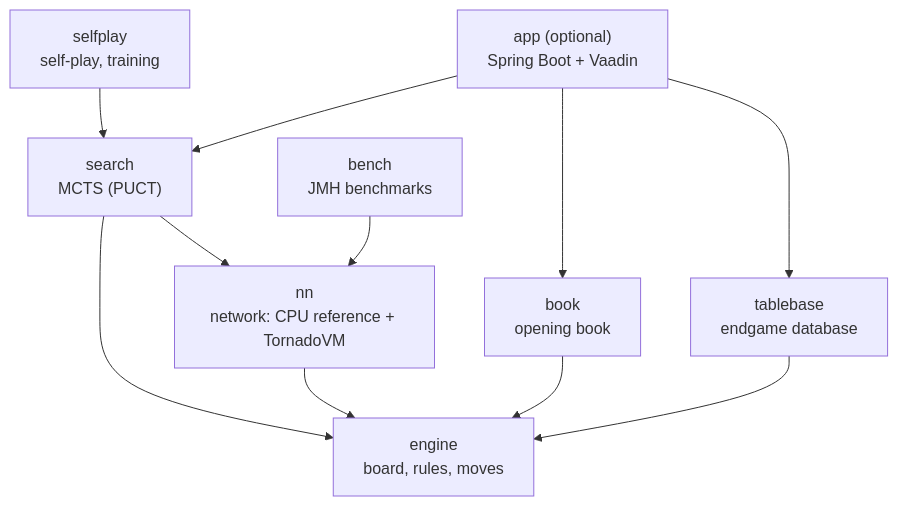
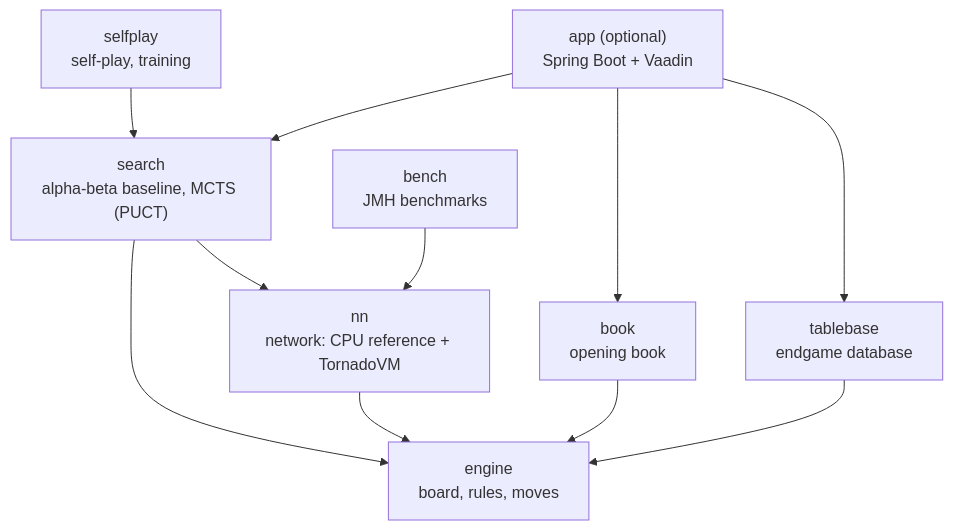
Before and after one commit to geggo98/marble-lantern: the first of 3 diagrams in docs/architecture.md, drawn with Mermaid. The commit also changed other lines of this file and 5 other files, not shown here.

````diff
--- a/docs/architecture.md
+++ b/docs/architecture.md
@@ -38,22 +41,22 @@
 ```mermaid
 graph TD
     engine["engine<br/>board, rules, moves"]
     nn["nn<br/>network: CPU reference + TornadoVM"]
-    search["search<br/>MCTS (PUCT)"]
+    search["search<br/>alpha-beta baseline, MCTS (PUCT)"]
     selfplay["selfplay<br/>self-play, training"]
     book["book<br/>opening book"]
     tablebase["tablebase<br/>endgame database"]
     bench["bench<br/>JMH benchmarks"]
     app["app (optional)<br/>Spring Boot + Vaadin"]
 
     nn --> engine
     search --> engine
     search --> nn
     selfplay --> search
     book --> engine
     tablebase --> engine
     bench --> nn
     app --> search
     app --> book
     app --> tablebase
 ```
````
